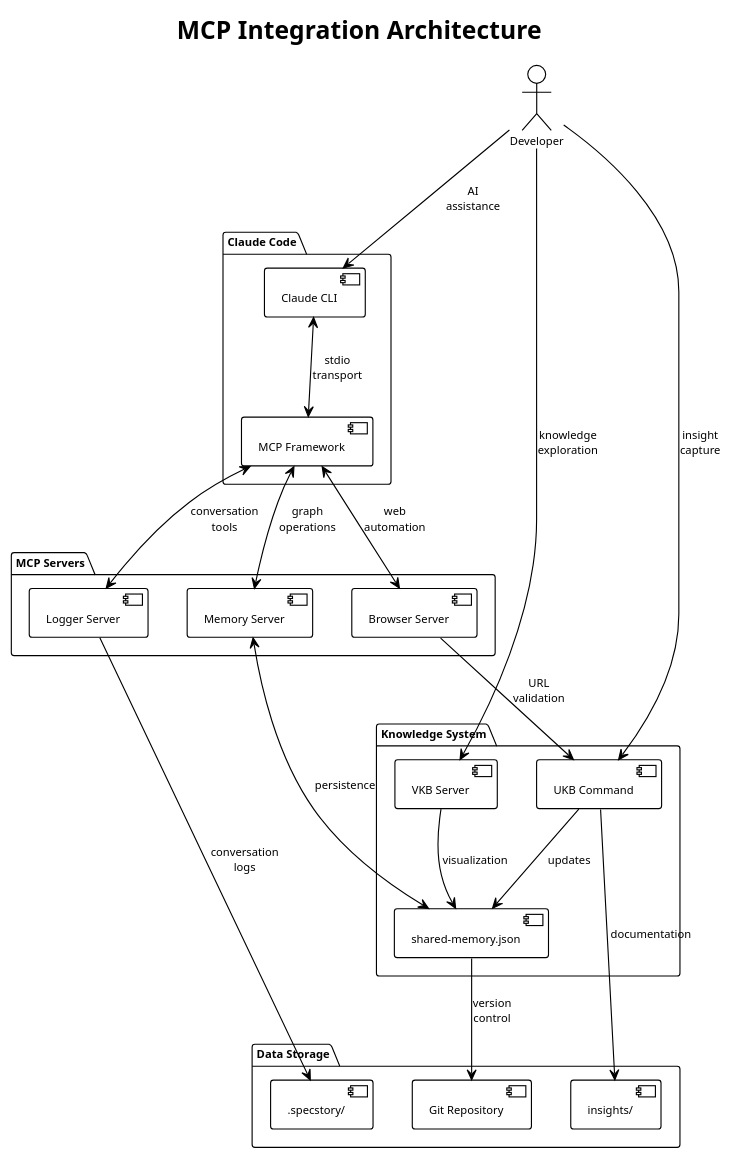
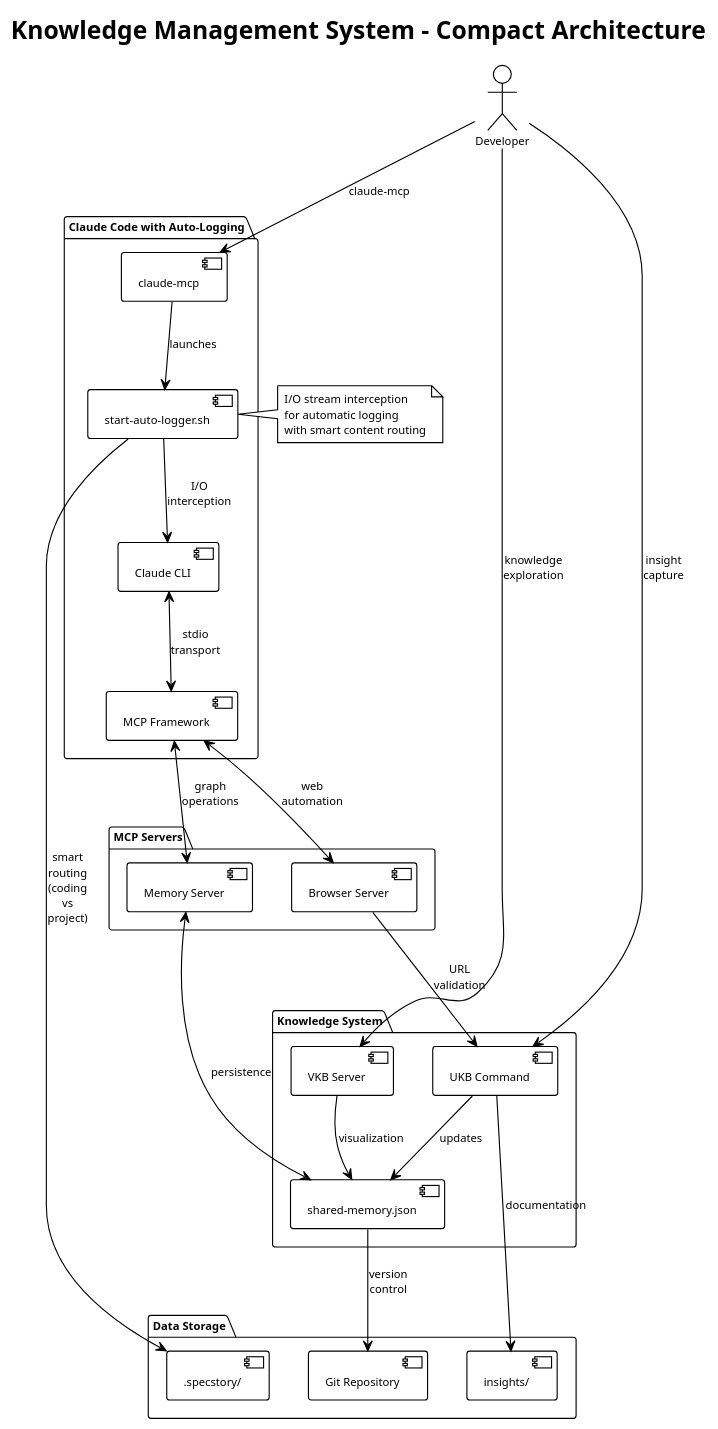
The diagram in knowledge-management/insights/puml/mcp-integration-compact.puml (fwornle/coding), drawn with PlantUML before and after one commit. The commit also changed 3 other files, not shown here.

Commit message:
docs: updated docu & kb after removal of unused MCP server (logging) and .backup files from diagrams & descriptions

```diff
--- a/knowledge-management/insights/puml/mcp-integration-compact.puml
+++ b/knowledge-management/insights/puml/mcp-integration-compact.puml
@@ -1,54 +1,62 @@
 @startuml mcp-integration-compact
 !theme plain
 skinparam backgroundColor white
 skinparam defaultFontSize 10
 skinparam maxMessageSize 40
 
-title MCP Integration Architecture
+title Knowledge Management System - Compact Architecture
 
 top to bottom direction
 
-package "Claude Code" as ClaudeEnv {
-    [Claude CLI] as CLI
+package "Claude Code with Auto-Logging" as ClaudeEnv {
+    [claude-mcp] as CLI
+    [start-auto-logger.sh] as Logger
+    [Claude CLI] as Claude
     [MCP Framework] as MCP
 }
 
 package "MCP Servers" as Servers {
-    [Logger Server] as Logger
     [Browser Server] as Browser  
     [Memory Server] as Memory
 }
 
 package "Knowledge System" as KnowledgeSystem {
     [UKB Command] as UKB
     [VKB Server] as VKB
     [shared-memory.json] as SharedMem
 }
 
 package "Data Storage" as Storage {
     [.specstory/] as SpecStory
     [insights/] as Insights
     [Git Repository] as Git
 }
 
-' Connections
-CLI <--> MCP : stdio transport
-MCP <--> Logger : conversation tools
+' I/O Interception Flow
+CLI --> Logger : launches
+Logger --> Claude : I/O interception
+Claude <--> MCP : stdio transport
+
+' MCP Connections
 MCP <--> Browser : web automation
 MCP <--> Memory : graph operations
 
-Logger --> SpecStory : conversation logs
+' Logging Flow
+Logger --> SpecStory : smart routing\n(coding vs project)
 Browser --> UKB : URL validation
 Memory <--> SharedMem : persistence
 
+' Knowledge Flow
 UKB --> SharedMem : updates
 VKB --> SharedMem : visualization
 UKB --> Insights : documentation
 SharedMem --> Git : version control
 
 actor Developer as Dev
-Dev --> CLI : AI assistance
+Dev --> CLI : claude-mcp
 Dev --> UKB : insight capture
 Dev --> VKB : knowledge exploration
 
+note right of Logger : I/O stream interception\nfor automatic logging\nwith smart content routing
+
 @enduml
```
